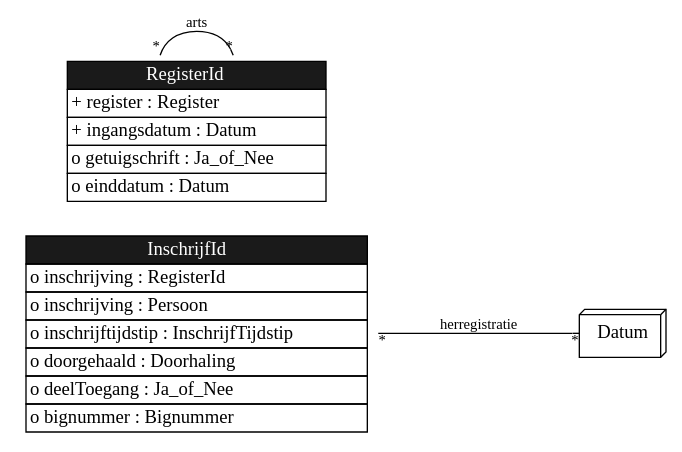
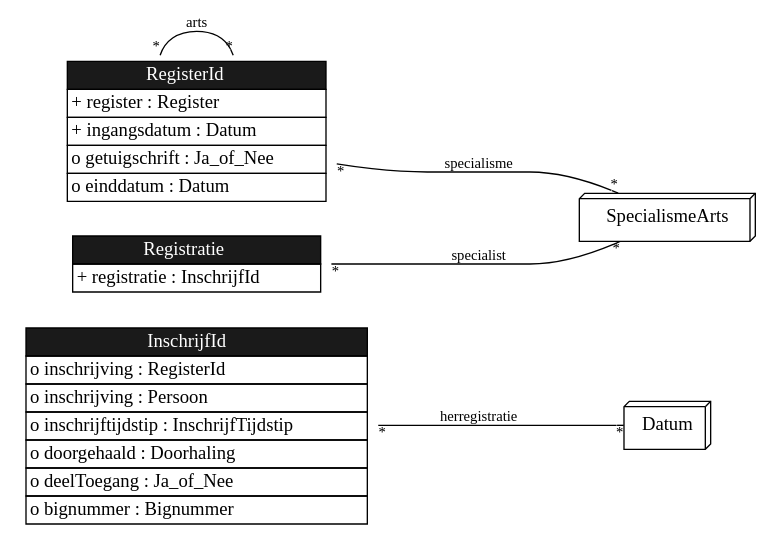
The diagram in docs/images/CDPatternArts.gv (gedelaar/BIG), drawn with Graphviz before and after one commit. The commit also changed 51 other files, not shown here.

```diff
--- a/docs/images/CDPatternArts.gv
+++ b/docs/images/CDPatternArts.gv
@@ -1,27 +1,42 @@
 digraph {
 	graph [bgcolor=white,
 		rankdir=LR
 	];
 	node [label="\N"];
 	edge [fontsize=11,
 		minlen=4
 	];
 	InschrijfId	[color=purple,
 		label=<<TABLE BGCOLOR="white" COLOR="black" BORDER="0" CELLBORDER="1" CELLSPACING="0"><TR><TD BGCOLOR="gray10" COLOR="black"><FONT COLOR="white">InschrijfId</FONT></TD></TR><TR><TD ALIGN="LEFT" PORT="inschrijving">o inschrijving : RegisterId</TD></TR><TR><TD ALIGN="LEFT" PORT="inschrijving">o inschrijving : Persoon</TD></TR><TR><TD ALIGN="LEFT" PORT="inschrijftijdstip">o inschrijftijdstip : InschrijfTijdstip</TD></TR><TR><TD ALIGN="LEFT" PORT="doorgehaald">o doorgehaald : Doorhaling</TD></TR><TR><TD ALIGN="LEFT" PORT="deelToegang">o deelToegang : Ja_of_Nee</TD></TR><TR><TD ALIGN="LEFT" PORT="bignummer">o bignummer : Bignummer</TD></TR></TABLE>>,
 		shape=plaintext];
 	Datum	[label=Datum,
 		shape=box3d];
 	InschrijfId:herregistratie -> Datum	[arrowhead=onone,
 		headlabel="*",
 		label=herregistratie,
 		labelfloat=true,
 		taillabel="*"];
 	RegisterId	[color=purple,
 		label=<<TABLE BGCOLOR="white" COLOR="black" BORDER="0" CELLBORDER="1" CELLSPACING="0"><TR><TD BGCOLOR="gray10" COLOR="black"><FONT COLOR="white">RegisterId</FONT></TD></TR><TR><TD ALIGN="LEFT" PORT="register">+ register : Register</TD></TR><TR><TD ALIGN="LEFT" PORT="ingangsdatum">+ ingangsdatum : Datum</TD></TR><TR><TD ALIGN="LEFT" PORT="getuigschrift">o getuigschrift : Ja_of_Nee</TD></TR><TR><TD ALIGN="LEFT" PORT="einddatum">o einddatum : Datum</TD></TR></TABLE>>,
 		shape=plaintext];
 	RegisterId:arts -> RegisterId	[arrowhead=onone,
 		headlabel="*",
 		label=arts,
 		labelfloat=true,
 		taillabel="*"];
+	SpecialismeArts	[label=SpecialismeArts,
+		shape=box3d];
+	RegisterId:specialisme -> SpecialismeArts	[arrowhead=onone,
+		headlabel="*",
+		label=specialisme,
+		labelfloat=true,
+		taillabel="*"];
+	Registratie	[color=purple,
+		label=<<TABLE BGCOLOR="white" COLOR="black" BORDER="0" CELLBORDER="1" CELLSPACING="0"><TR><TD BGCOLOR="gray10" COLOR="black"><FONT COLOR="white">Registratie</FONT></TD></TR><TR><TD ALIGN="LEFT" PORT="registratie">+ registratie : InschrijfId</TD></TR></TABLE>>,
+		shape=plaintext];
+	Registratie:specialist -> SpecialismeArts	[arrowhead=onone,
+		headlabel="*",
+		label=specialist,
+		labelfloat=true,
+		taillabel="*"];
 }
```
